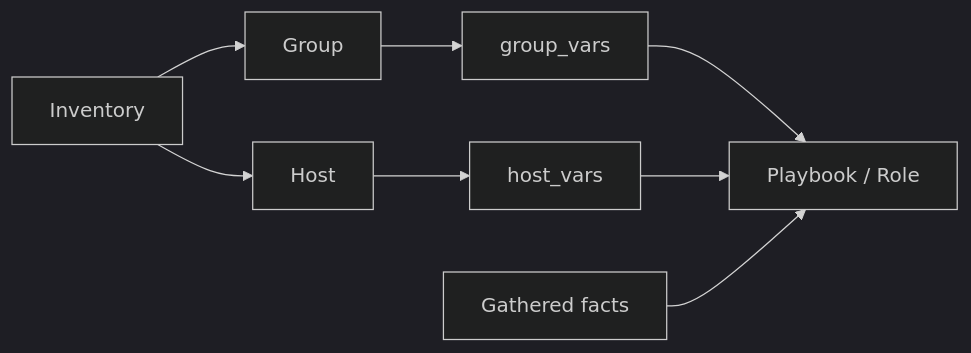
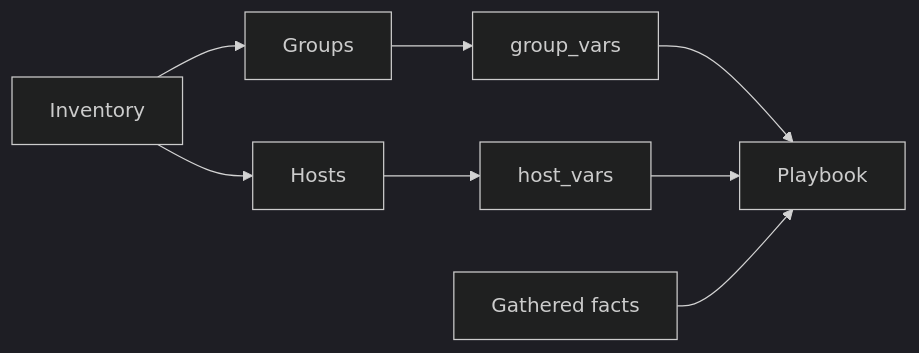
One commit to Ansible-workshop-ch/bootcamp changed the first of 2 diagrams in module04/variables-and-facts.md. Above: the diagram before and after it, drawn with Mermaid (dark theme). The commit also changed other lines of this file, not shown here.

````diff
--- a/module04/variables-and-facts.md
+++ b/module04/variables-and-facts.md
@@ -77,8 +86,12 @@
 ```mermaid
 flowchart LR
-    INV[Inventory] --> GRP[Group] --> GV[group_vars]
-    INV --> HST[Host] --> HV[host_vars]
-    GV --> PB[Playbook / Role]
+    INV[Inventory] --> GROUPS[Groups]
+    INV --> HOSTS[Hosts]
+
+    GROUPS --> GV[group_vars]
+    HOSTS --> HV[host_vars]
+
+    GV --> PB[Playbook]
     HV --> PB
     FACTS[Gathered facts] --> PB
 ```
````
